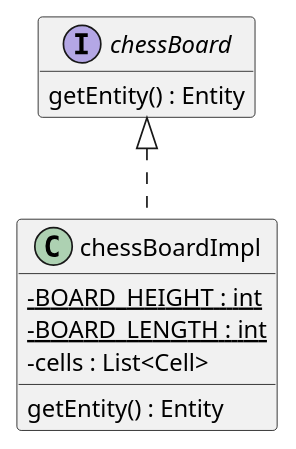
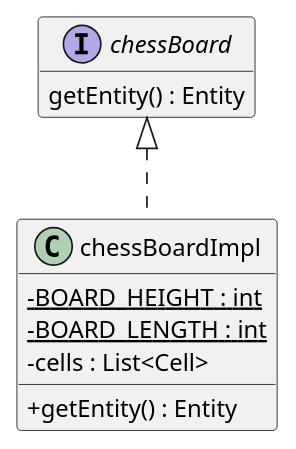
The diagram in docs/ChessBoard.puml (Turbo-Chess/Turbo-Chess), drawn with PlantUML before and after one commit. The commit also changed 3 other files, not shown here.

```diff
--- a/docs/ChessBoard.puml
+++ b/docs/ChessBoard.puml
@@ -1,20 +1,20 @@
 @startuml
 skinparam classAttributeIconSize 0
 hide empty fields
 hide empty methods
 
 interface chessBoard {
     getEntity() : Entity
 }
 
 class chessBoardImpl {
     - {static} BOARD_HEIGHT : int
     - {static} BOARD_LENGTH : int
     - cells : List<Cell>
 
-    getEntity() : Entity
+    + getEntity() : Entity
 }
 
 chessBoard <|.. chessBoardImpl
 
 @enduml
```
